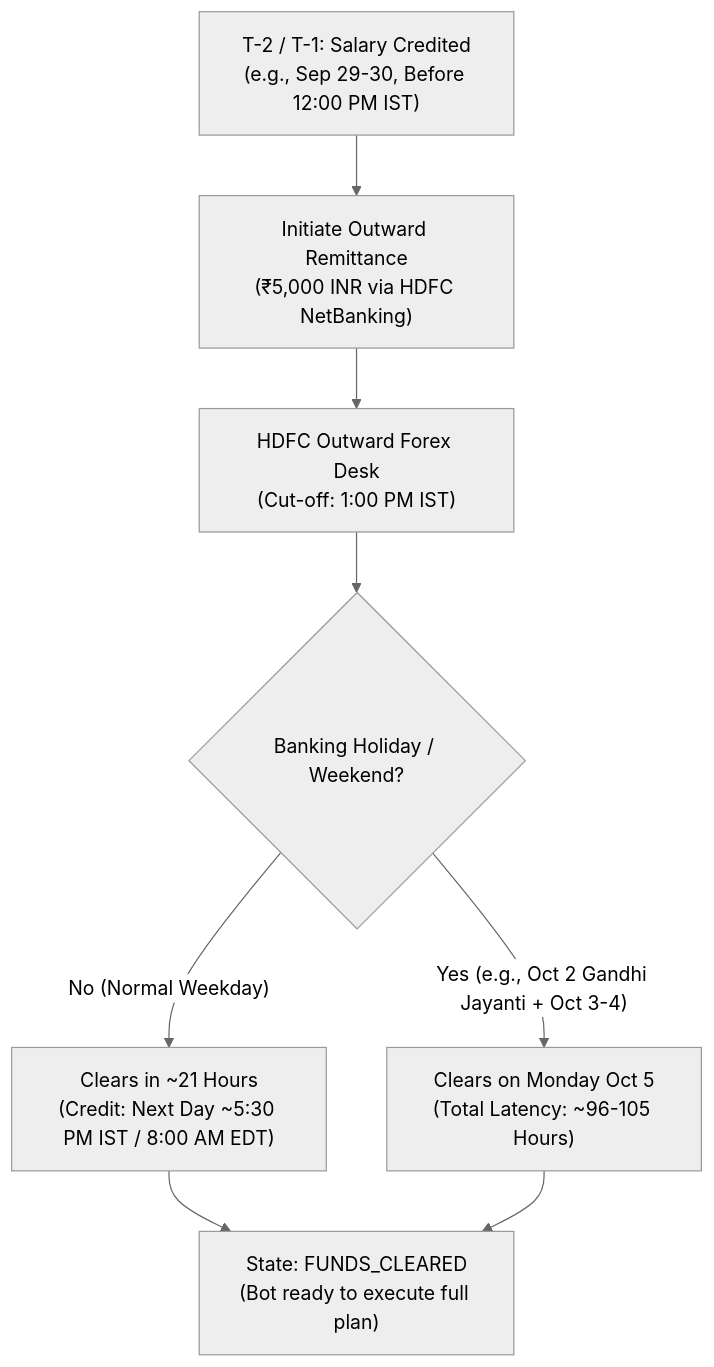
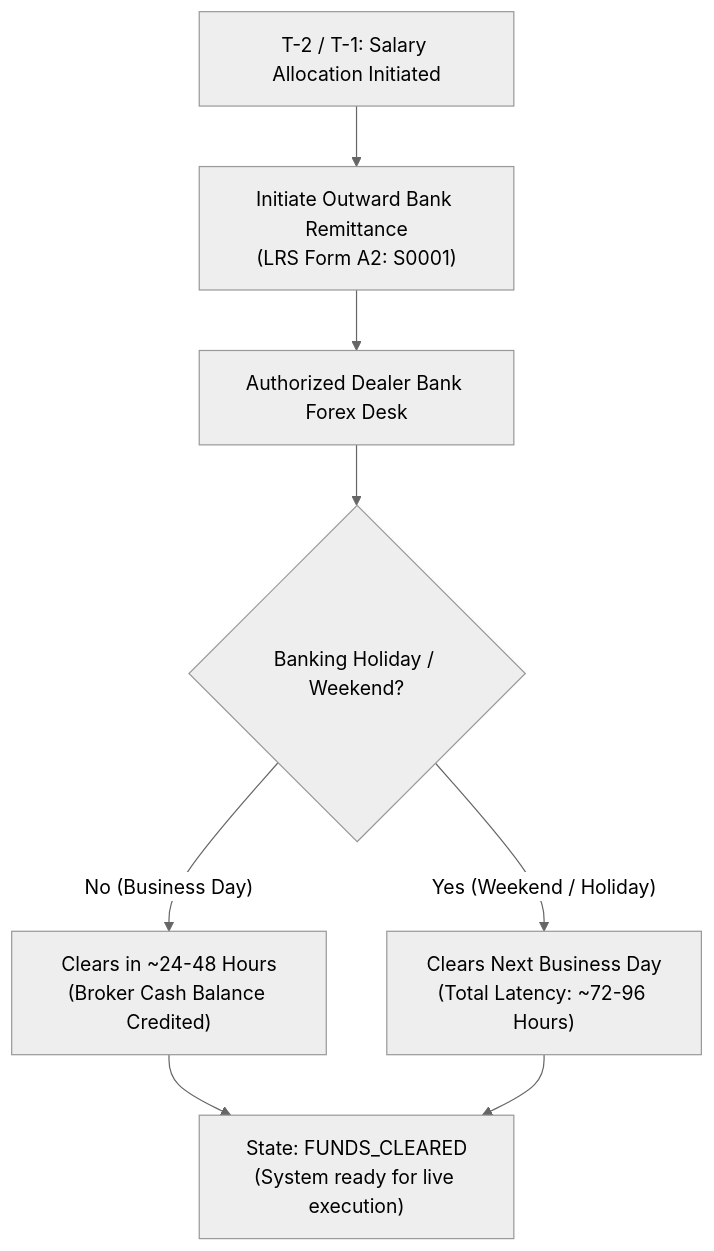
The first of 2 diagrams in monthly_execution_workbook.md (kevinhayesanderson/autonomous-trading-agent), drawn with Mermaid (neutral theme) before and after one commit. The commit also changed other lines of this file and 9 other files, not shown here.

````diff
--- a/monthly_execution_workbook.md
+++ b/monthly_execution_workbook.md
@@ -31,10 +31,10 @@
 ```mermaid
 flowchart TD
-    A["T-2 / T-1: Salary Credited<br/>(e.g., Sep 29-30, Before 12:00 PM IST)"] --> B["Initiate Outward Remittance<br/>(₹5,000 INR via HDFC NetBanking)"]
-    B --> C["HDFC Outward Forex Desk<br/>(Cut-off: 1:00 PM IST)"]
+    A["T-2 / T-1: Salary Allocation Initiated"] --> B["Initiate Outward Bank Remittance<br/>(LRS Form A2: S0001)"]
+    B --> C["Authorized Dealer Bank Forex Desk"]
     C --> D{"Banking Holiday / Weekend?"}
-    D -- "No (Normal Weekday)" --> E["Clears in ~21 Hours<br/>(Credit: Next Day ~5:30 PM IST / 8:00 AM EDT)"]
-    D -- "Yes (e.g., Oct 2 Gandhi Jayanti + Oct 3-4)" --> F["Clears on Monday Oct 5<br/>(Total Latency: ~96-105 Hours)"]
-    E --> G["State: FUNDS_CLEARED<br/>(Bot ready to execute full plan)"]
+    D -- "No (Business Day)" --> E["Clears in ~24-48 Hours<br/>(Broker Cash Balance Credited)"]
+    D -- "Yes (Weekend / Holiday)" --> F["Clears Next Business Day<br/>(Total Latency: ~72-96 Hours)"]
+    E --> G["State: FUNDS_CLEARED<br/>(System ready for live execution)"]
     F --> G
 ```
````
